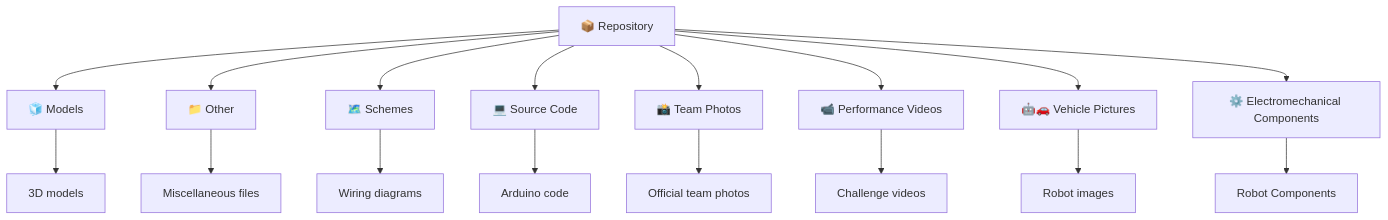
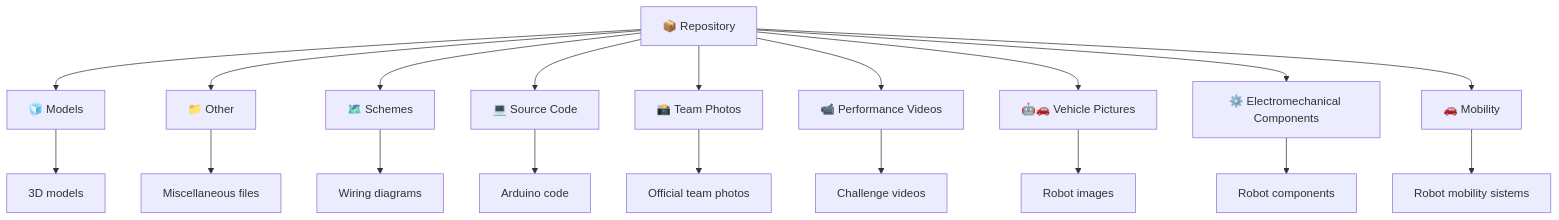
The first of 2 diagrams in README.md (x-lui-x-16/CSA-West-Robotics-WRO-FE-2026), drawn with Mermaid before and after one commit. The commit also changed other lines of this file, not shown here.

Commit message:
Fix spelling in README.md section titles
Corrected spelling errors in section titles and descriptions.

````diff
--- a/README.md
+++ b/README.md
@@ -6,22 +6,24 @@
 ```mermaid
 flowchart TD
     A["📦 Repository"]
 
     A --> B["🧊 Models"]
     A --> C["📁 Other"]
     A --> D["🗺️ Schemes"]
     A --> E["💻 Source Code"]
     A --> F["📸 Team Photos"]
     A --> G["📹 Performance Videos"]
     A --> H["🤖🚗 Vehicle Pictures"]
     A --> I["⚙️ Electromechanical Components"]
+    A --> J["🚗 Mobility"]
 
     B --> B1["3D models"]
     C --> C1["Miscellaneous files"]
     D --> D1["Wiring diagrams"]
     E --> E1["Arduino code"]
     F --> F1["Official team photos"]
     G --> G1["Challenge videos"]
     H --> H1["Robot images"]
-    I --> I1["Robot Components"]
+    I --> I1["Robot components"]
+    J --> J1["Robot mobility sistems"]
 ```
````
